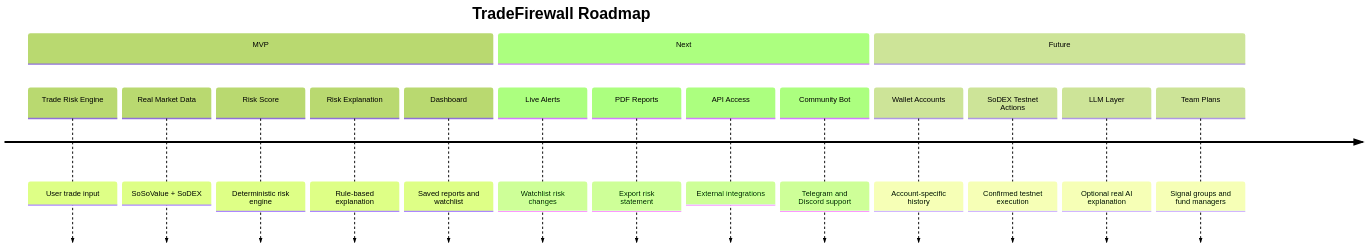
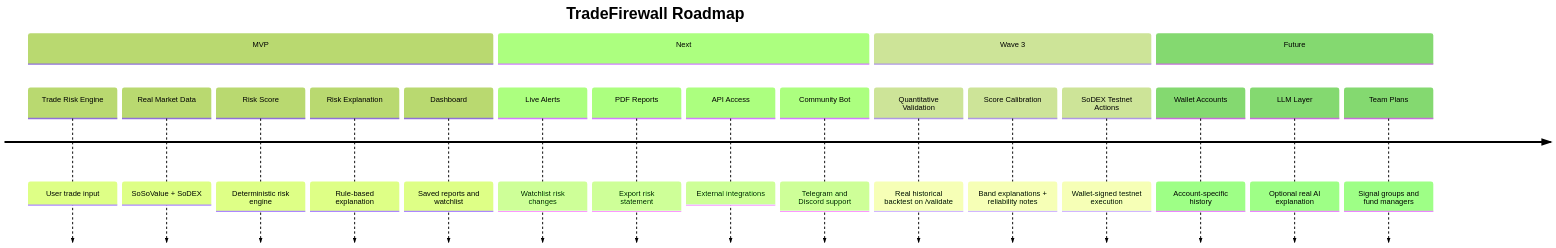
Diagram 21 of 22 in README.md (Emmy123222/TradeFirewall), drawn with Mermaid (forest theme) before and after one commit. The commit also changed other lines of this file and 25 other files, not shown here.

````diff
--- a/README.md
+++ b/README.md
@@ -1306,23 +1309,27 @@
 ```mermaid
 timeline
     title TradeFirewall Roadmap
 
     section MVP
       Trade Risk Engine : User trade input
       Real Market Data : SoSoValue + SoDEX
       Risk Score : Deterministic risk engine
       Risk Explanation : Rule-based explanation
       Dashboard : Saved reports and watchlist
 
     section Next
       Live Alerts : Watchlist risk changes
       PDF Reports : Export risk statement
       API Access : External integrations
       Community Bot : Telegram and Discord support
 
+    section Wave 3
+      Quantitative Validation : Real historical backtest on /validate
+      Score Calibration : Band explanations + reliability notes
+      SoDEX Testnet Actions : Wallet-signed testnet execution
+
     section Future
       Wallet Accounts : Account-specific history
-      SoDEX Testnet Actions : Confirmed testnet execution
       LLM Layer : Optional real AI explanation
       Team Plans : Signal groups and fund managers
 ```
````
